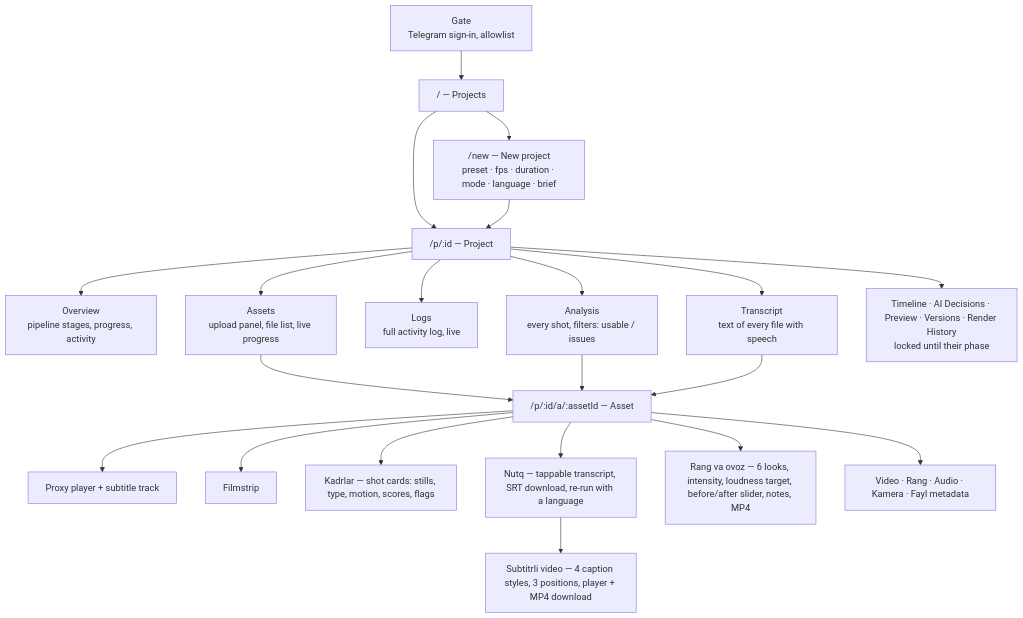
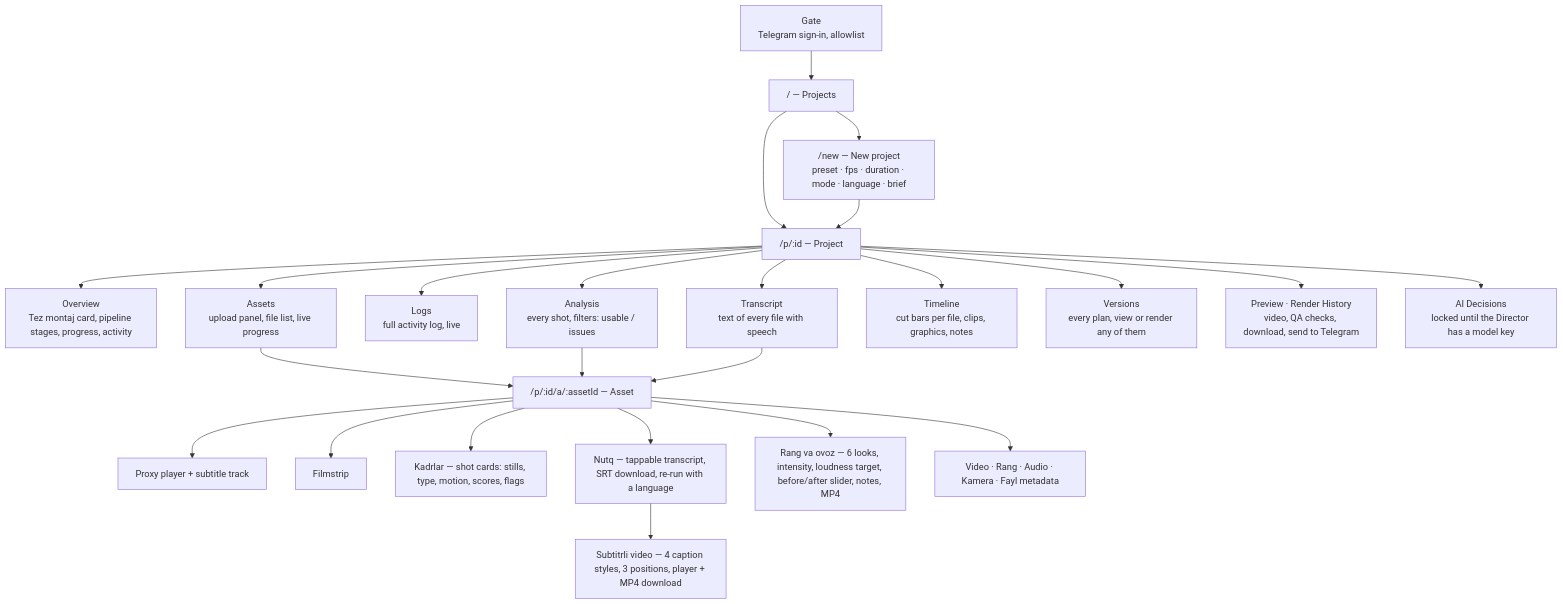
The diagram in docs/SITEMAP.md (bluecore-dev/synthcut), drawn with Mermaid before and after one commit. The commit also changed other lines of this file and 44 other files, not shown here.

First line of the commit message:
Tez montaj, final render, QA and Telegram delivery

````diff
--- a/docs/SITEMAP.md
+++ b/docs/SITEMAP.md
@@ -10,23 +10,26 @@
 ```mermaid
 flowchart TD
     G[Gate<br/>Telegram sign-in, allowlist] --> H["/ — Projects"]
     H --> N["/new — New project<br/>preset · fps · duration · mode · language · brief"]
     H --> P["/p/:id — Project"]
     N --> P
-    P --> T1[Overview<br/>pipeline stages, progress, activity]
+    P --> T1[Overview<br/>Tez montaj card, pipeline stages, progress, activity]
     P --> T2[Assets<br/>upload panel, file list, live progress]
     P --> T3[Logs<br/>full activity log, live]
     P --> T4[Analysis<br/>every shot, filters: usable / issues]
     P --> T5[Transcript<br/>text of every file with speech]
-    P --> T6[Timeline · AI Decisions · Preview · Versions · Render History<br/>locked until their phase]
+    P --> T6[Timeline<br/>cut bars per file, clips, graphics, notes]
+    P --> T7[Versions<br/>every plan, view or render any of them]
+    P --> T8[Preview · Render History<br/>video, QA checks, download, send to Telegram]
+    P --> T9[AI Decisions<br/>locked until the Director has a model key]
     T2 --> A["/p/:id/a/:assetId — Asset"]
     T4 --> A
     T5 --> A
     A --> A1[Proxy player + subtitle track]
     A --> A2[Filmstrip]
     A --> A3[Kadrlar — shot cards: stills, type, motion, scores, flags]
     A --> A4[Nutq — tappable transcript, SRT download, re-run with a language]
     A4 --> A6[Subtitrli video — 4 caption styles, 3 positions, player + MP4 download]
     A --> A7[Rang va ovoz — 6 looks, intensity, loudness target, before/after slider, notes, MP4]
     A --> A5[Video · Rang · Audio · Kamera · Fayl metadata]
 ```
````
